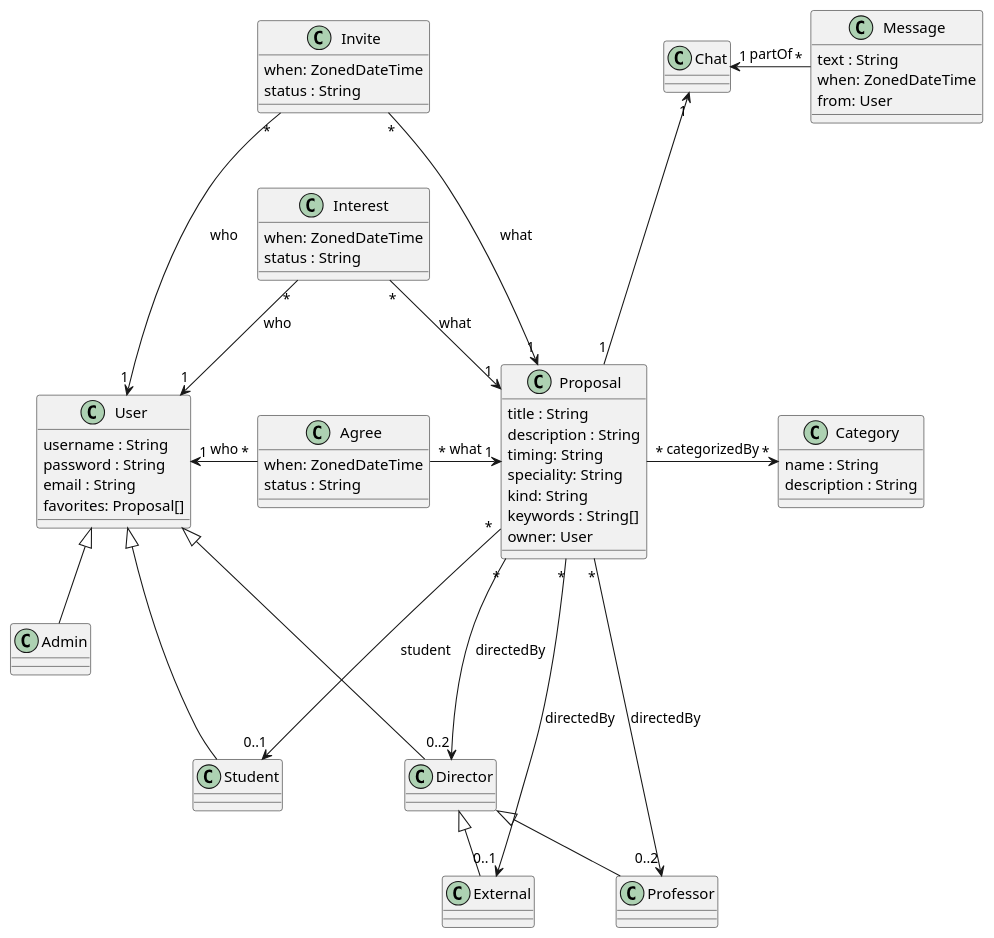
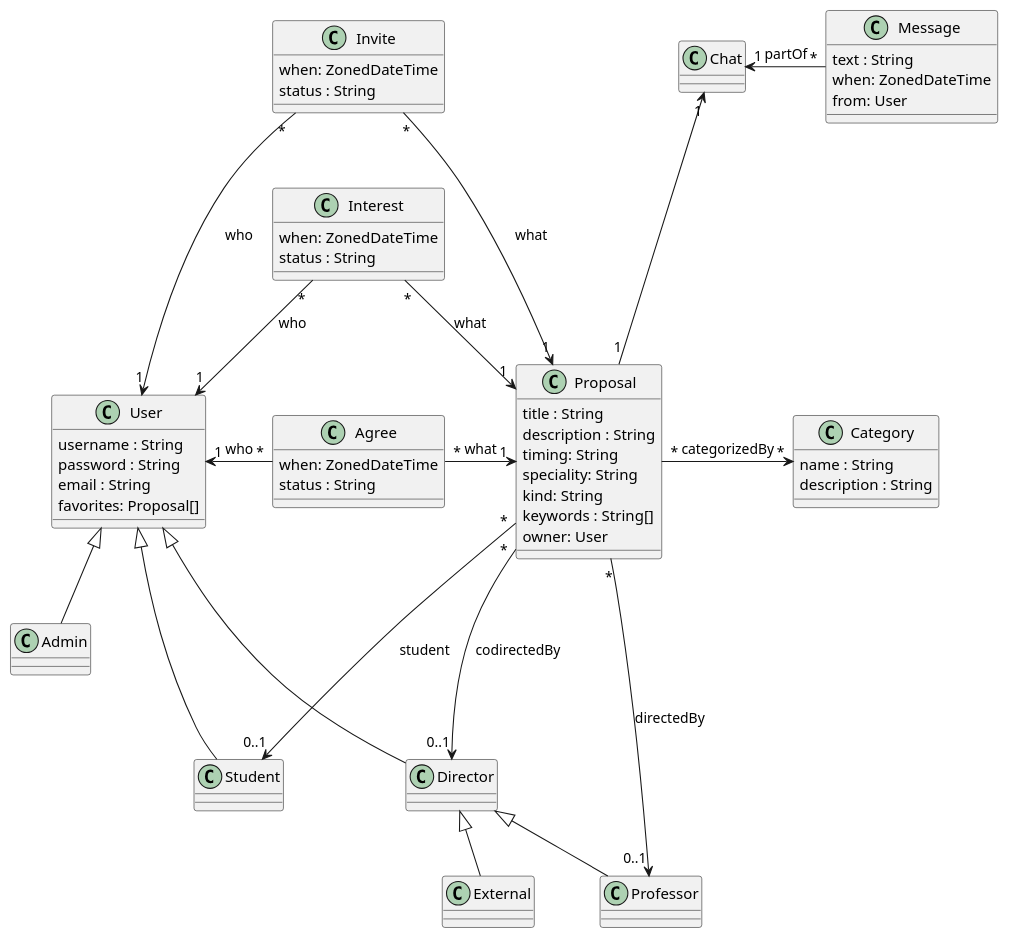
One commit to UdL-EPS-SoftArch/tfgfinder-gei-api changed the diagram in EntitiesModel.puml. Above: the diagram before and after it, drawn with PlantUML. The commit also changed 1 other file, not shown here.

Commit message:
Update entity model with director and codirector

```diff
--- a/EntitiesModel.puml
+++ b/EntitiesModel.puml
@@ -1,74 +1,74 @@
 @startuml
 
 class User {
   username : String
   password : String
   email : String
   favorites: Proposal[]
 }
 
 together {
 
 class Invite {
   when: ZonedDateTime
   status : String
 }
 Invite -[hidden]down- Interest
 Invite "*" --> "1" Proposal : what
 Invite "*" --> "1" User : who
 
 class Interest {
   when: ZonedDateTime
   status : String
 }
 Interest -[hidden]down- Agree
 Interest "*" --> "1" Proposal : what
 Interest "*" --> "1" User : who
 
 class Agree {
   when: ZonedDateTime
   status : String
 }
 Agree "*" -right-> "1" Proposal : what
 Agree "*" -left-> "1" User : who
 }
 
 class Proposal {
   title : String
   description : String
   timing: String
   speciality: String
   kind: String
   keywords : String[]
   owner: User
 }
 
 class Admin extends User {}
 class Student extends User {}
 class Director extends User {}
 class Professor  extends Director {}
 class External extends Director {}
 
-Proposal "*" ---> "0..2" Director : directedBy
+Proposal "*" ---> "0..1" Director : codirectedBy
 Proposal "*" ---> "0..1" Student : student
-Proposal "*" ----> "0..2" Professor : directedBy
-Proposal "*" ----> "0..1" External : directedBy
+Proposal "*" ----> "0..1" Professor : directedBy
+Proposal -[hidden]-> External
 
 Proposal "1" --up-> "1" Chat
 
 Chat "1" <-right- "*" Message : partOf
 
 class Message {
   text : String
   when: ZonedDateTime
   from: User
 }
 
 Proposal "*" -right-> "*" Category : categorizedBy
 
 class Category {
   name : String
   description : String
 }
 
 @enduml
```
